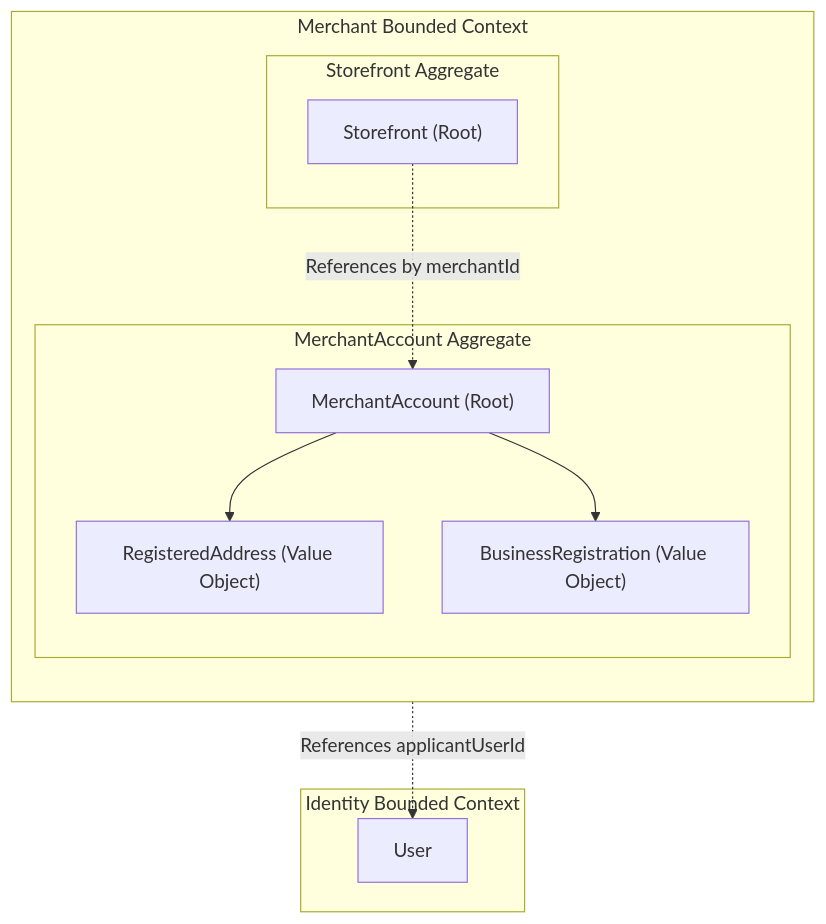
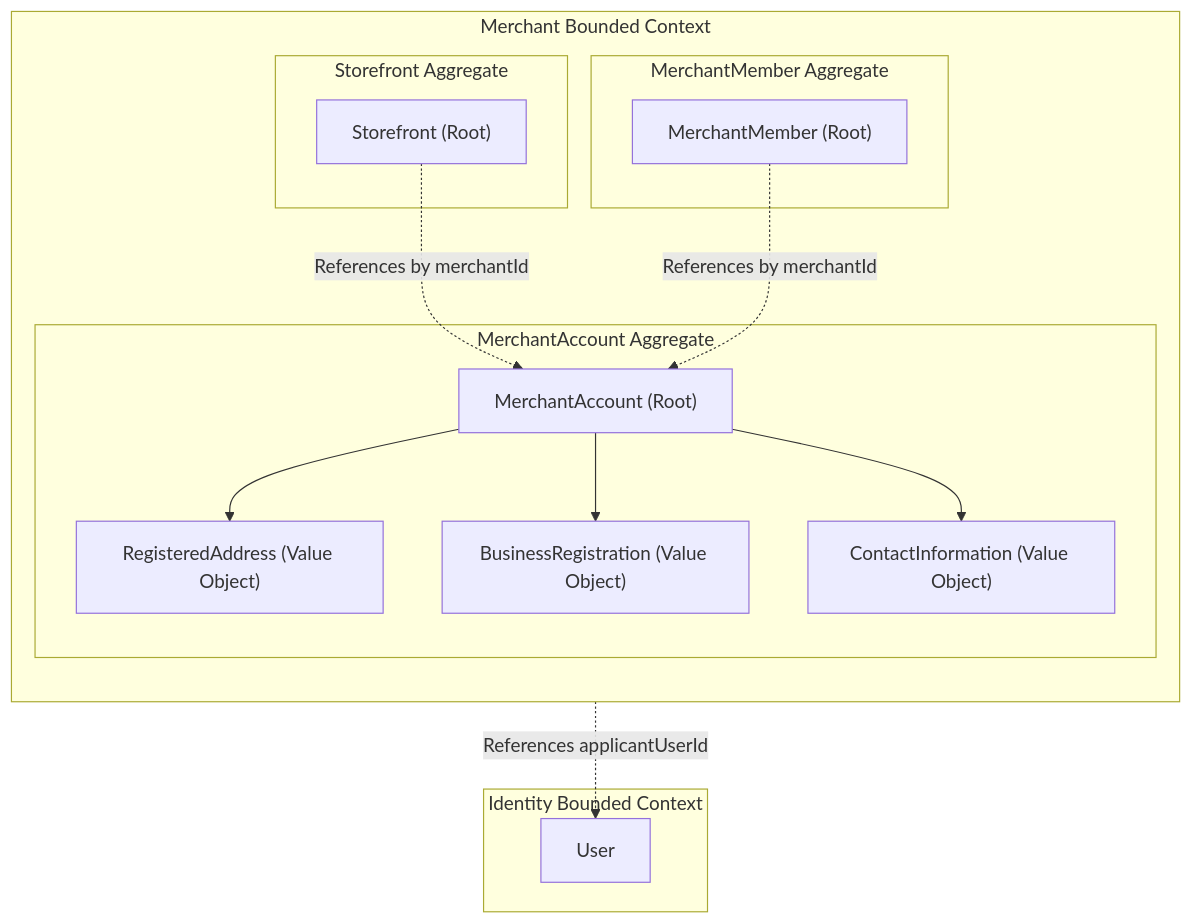
Before and after one commit to khinemyaezin/grab: the first of 3 diagrams in docs/spec/domain/merchant/architecture/merchant-domain-spec.md, drawn with Mermaid. The commit also changed other lines of this file and 47 other files, not shown here.

````diff
--- a/docs/spec/domain/merchant/architecture/merchant-domain-spec.md
+++ b/docs/spec/domain/merchant/architecture/merchant-domain-spec.md
@@ -18,27 +19,34 @@
 ```mermaid
 flowchart TD
     subgraph MerchantContext ["Merchant Bounded Context"]
         direction TB
 
         subgraph MerchantAgg ["MerchantAccount Aggregate"]
             Merchant["MerchantAccount (Root)"]
             Address["RegisteredAddress (Value Object)"]
             BusinessReg["BusinessRegistration (Value Object)"]
+            Contact["ContactInformation (Value Object)"]
 
             Merchant --> Address
             Merchant --> BusinessReg
+            Merchant --> Contact
         end
 
         subgraph StorefrontAgg ["Storefront Aggregate"]
             Storefront["Storefront (Root)"]
         end
 
+        subgraph MembershipAgg ["MerchantMember Aggregate"]
+            Member["MerchantMember (Root)"]
+        end
+
         Storefront -.->|"References by merchantId"| Merchant
+        Member -.->|"References by merchantId"| Merchant
     end
 
     subgraph IdentityContext ["Identity Bounded Context"]
         User["User"]
     end
 
     Merchant -.->|"References applicantUserId"| User
 ```
````
